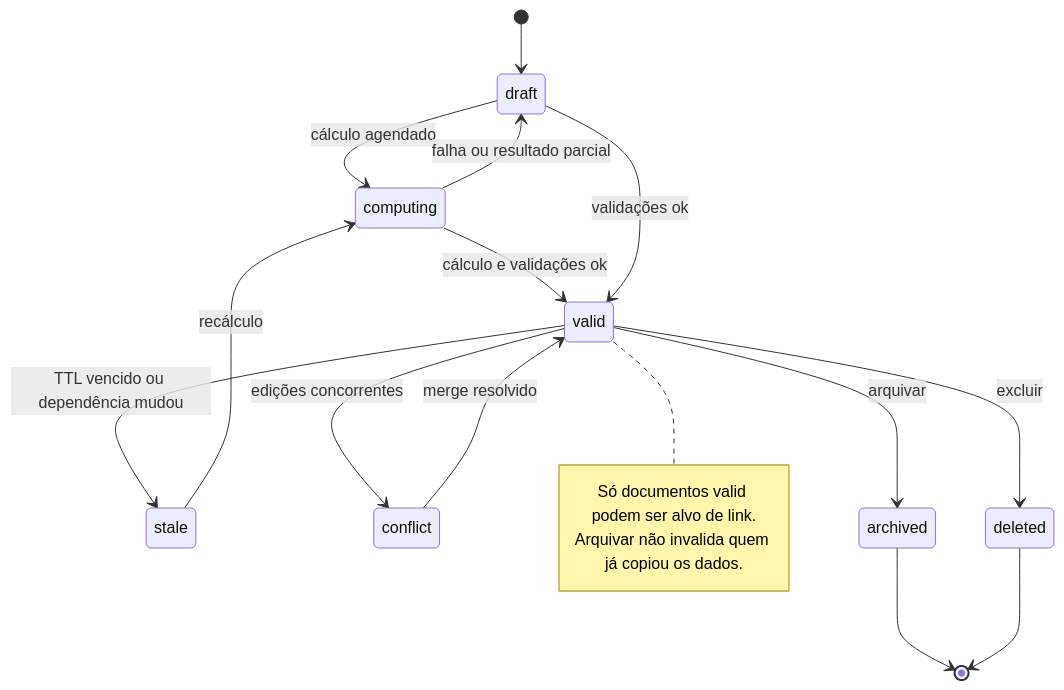
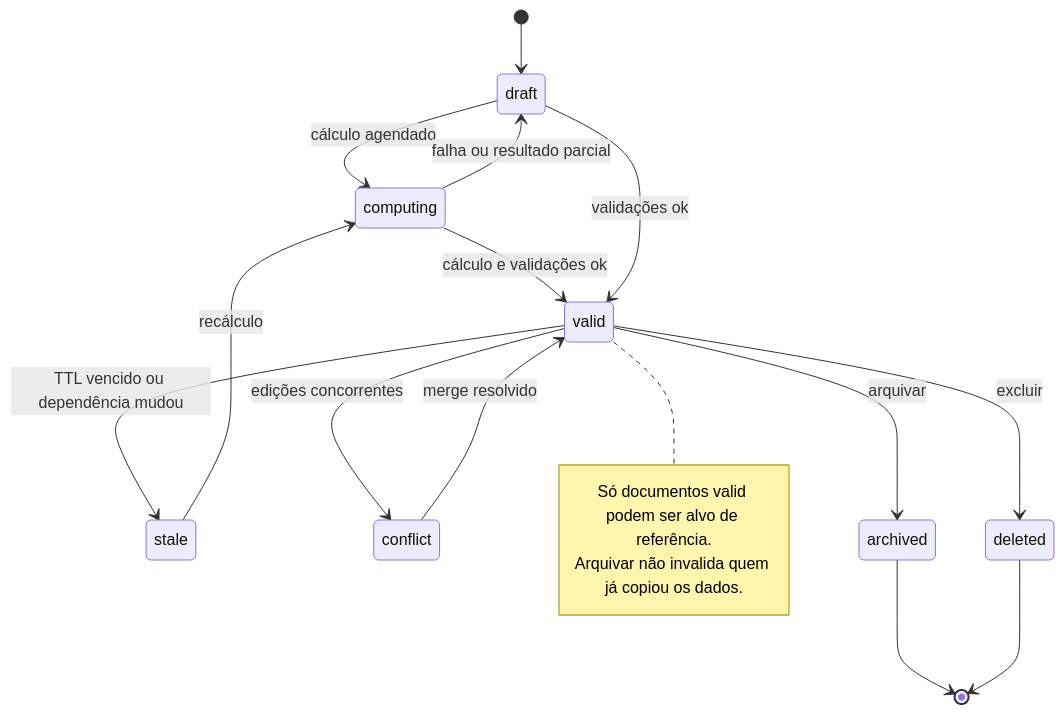
One commit to teintinu/bpcms changed the fifth of 9 diagrams in BRAINSTORM.md. Above: the diagram before and after it, drawn with Mermaid. The commit also changed other lines of this file and 14 other files, not shown here.

````diff
--- a/BRAINSTORM.md
+++ b/BRAINSTORM.md
@@ -892,21 +892,21 @@
 ```mermaid
 stateDiagram-v2
   [*] --> draft
   draft --> computing: cálculo agendado
   computing --> valid: cálculo e validações ok
   computing --> draft: falha ou resultado parcial
   draft --> valid: validações ok
   valid --> stale: TTL vencido ou dependência mudou
   stale --> computing: recálculo
   valid --> conflict: edições concorrentes
   conflict --> valid: merge resolvido
   valid --> archived: arquivar
   archived --> [*]
   valid --> deleted: excluir
   deleted --> [*]
 
   note right of valid
-    Só documentos valid podem ser alvo de link.
+    Só documentos valid podem ser alvo de referência.
     Arquivar não invalida quem já copiou os dados.
   end note
 ```
````
